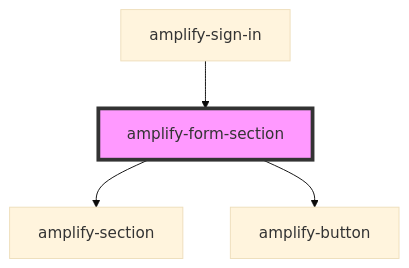
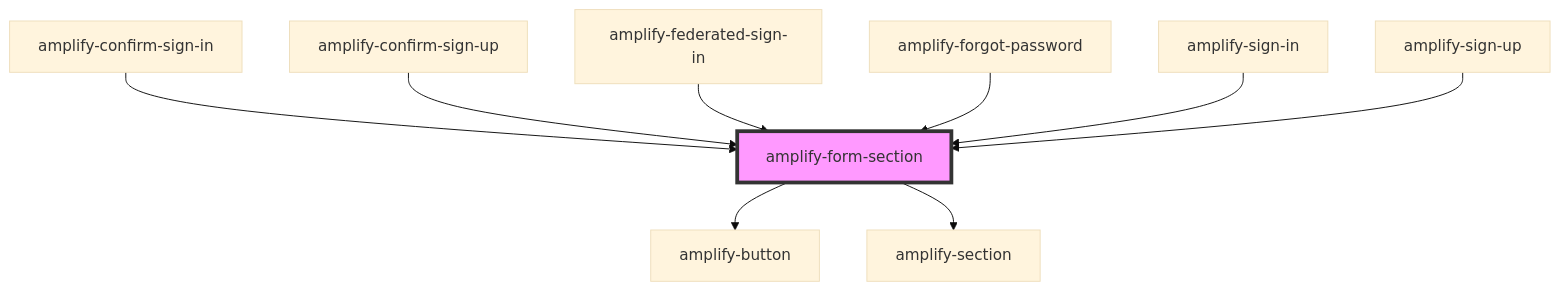
Before and after one commit to OneDev0411/amplify-js: the diagram in packages/amplify-ui-components/src/components/amplify-form-section/readme.md, drawn with Mermaid (base theme). The commit also changed other lines of this file and 241 other files, not shown here.

````diff
--- a/packages/amplify-ui-components/src/components/amplify-form-section/readme.md
+++ b/packages/amplify-ui-components/src/components/amplify-form-section/readme.md
@@ -30,7 +34,12 @@
 ```mermaid
 graph TD;
+  amplify-form-section --> amplify-button
   amplify-form-section --> amplify-section
-  amplify-form-section --> amplify-button
+  amplify-confirm-sign-in --> amplify-form-section
+  amplify-confirm-sign-up --> amplify-form-section
+  amplify-federated-sign-in --> amplify-form-section
+  amplify-forgot-password --> amplify-form-section
   amplify-sign-in --> amplify-form-section
+  amplify-sign-up --> amplify-form-section
   style amplify-form-section fill:#f9f,stroke:#333,stroke-width:4px
 ```
````
